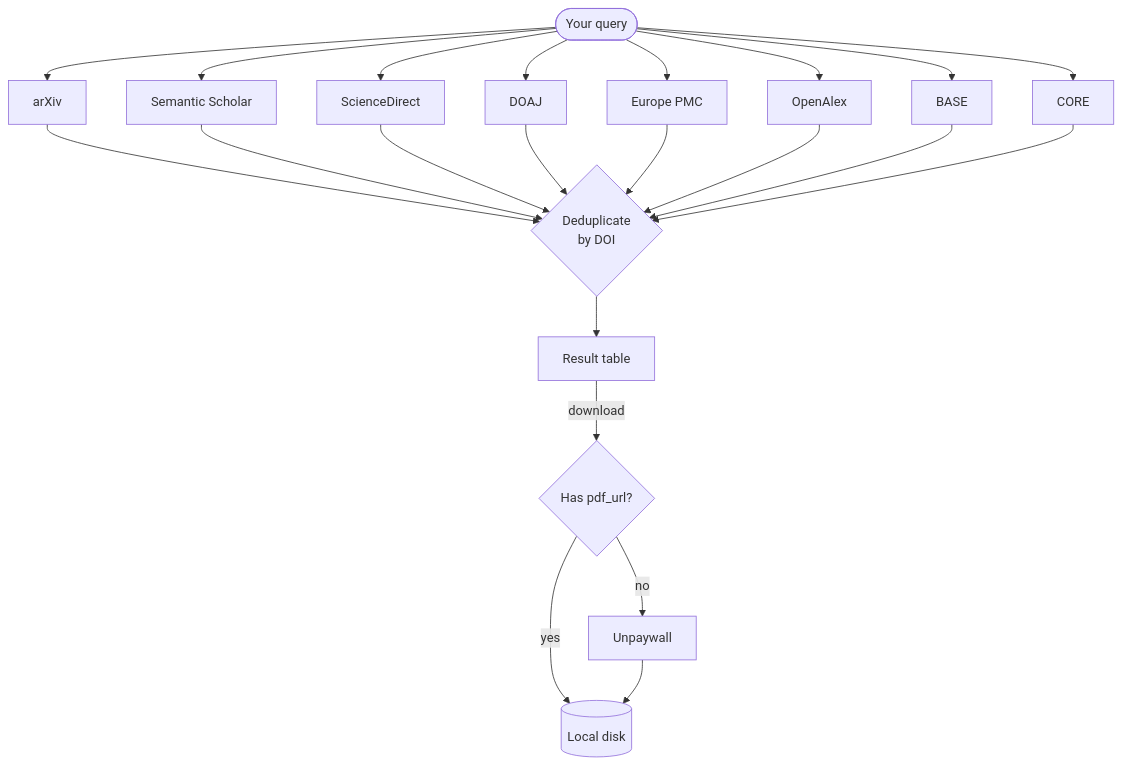
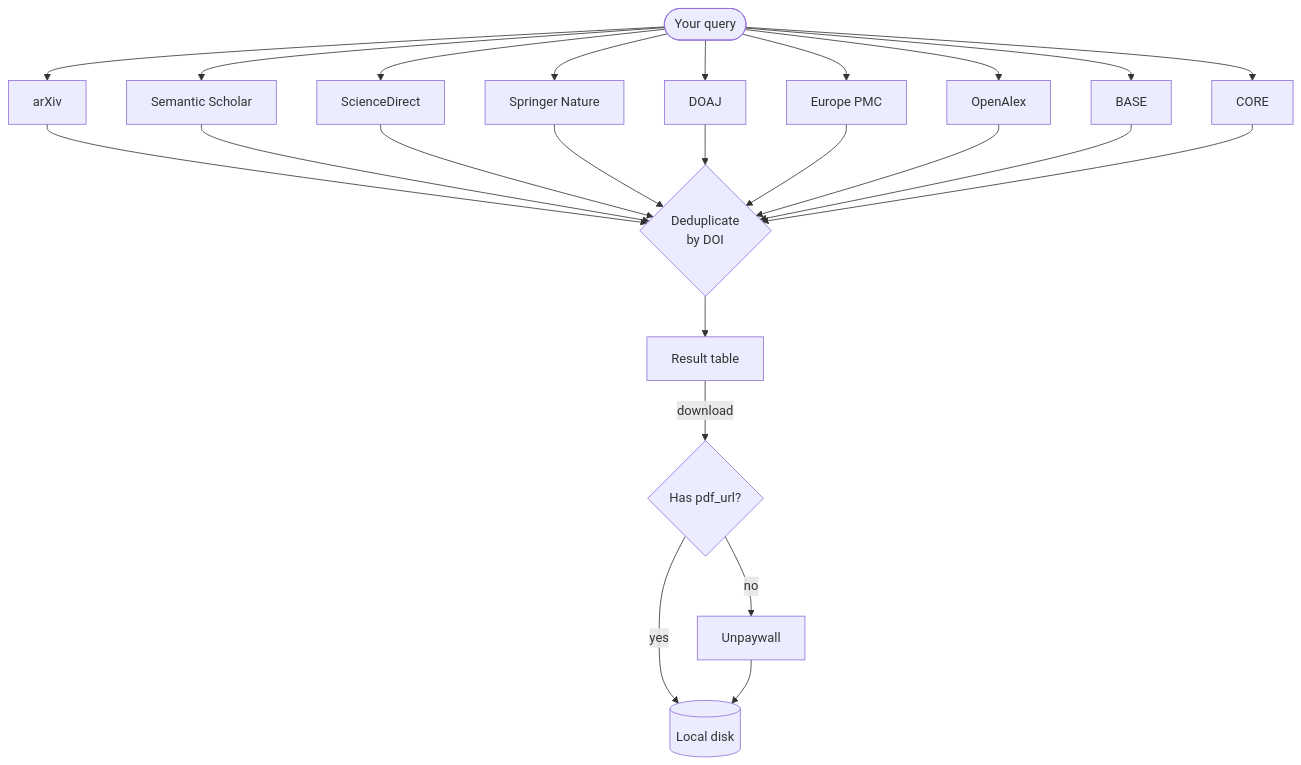
The diagram in docs/guide/sources.md (szaghi/mosaic), drawn with Mermaid before and after one commit. The commit also changed other lines of this file and 6 other files, not shown here.

First line of the commit message:
feat(sources): add Springer Nature browser-based search source

````diff
--- a/docs/guide/sources.md
+++ b/docs/guide/sources.md
@@ -9,17 +9,18 @@
 ```mermaid
 flowchart TD
     Q([Your query]) --> A[arXiv]
     Q --> B[Semantic Scholar]
     Q --> C[ScienceDirect]
+    Q --> SP[Springer Nature]
     Q --> D[DOAJ]
     Q --> E[Europe PMC]
     Q --> F[OpenAlex]
     Q --> G[BASE]
     Q --> H[CORE]
-    A & B & C & D & E & F & G & H --> I{Deduplicate\nby DOI}
+    A & B & C & SP & D & E & F & G & H --> I{Deduplicate\nby DOI}
     I --> J[Result table]
     J -->|download| K{Has pdf_url?}
     K -- yes --> L[(Local disk)]
     K -- no --> M[Unpaywall]
     M --> L
 ```
````
